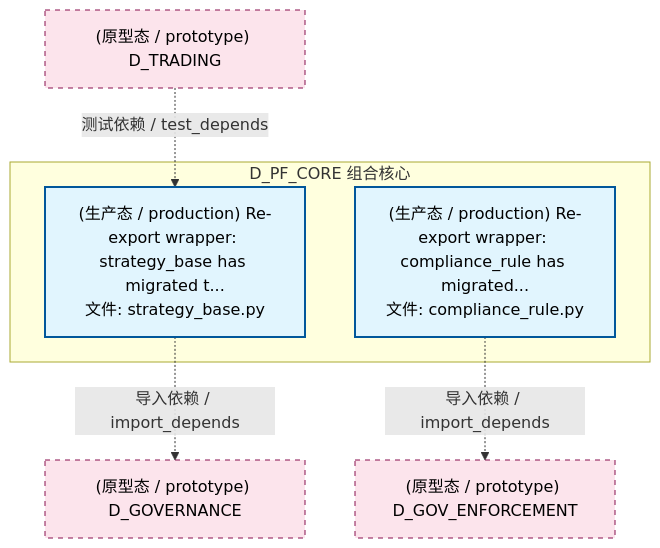
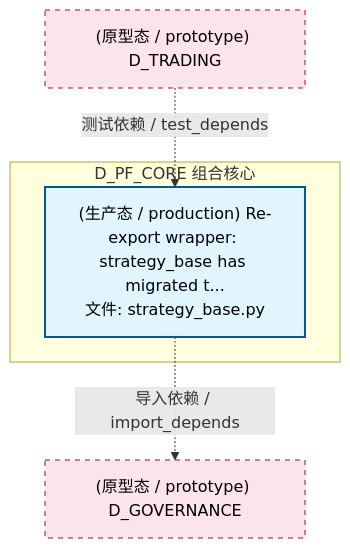
The second of 4 diagrams in docs/02_enterprise_architecture/02_domain_architecture_docs/52_d_pf_core.md (xuanFelixVan/ZephyrAlpha), drawn with Mermaid before and after one commit. The commit also changed other lines of this file and 126 other files, not shown here.

````diff
--- a/docs/02_enterprise_architecture/02_domain_architecture_docs/52_d_pf_core.md
+++ b/docs/02_enterprise_architecture/02_domain_architecture_docs/52_d_pf_core.md
@@ -113,19 +112,16 @@
 ```mermaid
 graph TD
     subgraph D_PF_CORE["D_PF_CORE 组合核心"]
-        src_zephyr_pf_core_compliance_rule_py["(生产态 / production) Re-export wrapper: compliance_rule has migrated...<br/>文件: compliance_rule.py"]
         src_zephyr_pf_core_strategy_base_py["(生产态 / production) Re-export wrapper: strategy_base has migrated t...<br/>文件: strategy_base.py"]
     end
-    D_GOV_ENFORCEMENT["(原型态 / prototype) D_GOV_ENFORCEMENT"]
-    src_zephyr_pf_core_compliance_rule_py -.->|导入依赖 / import_depends| D_GOV_ENFORCEMENT
     D_GOVERNANCE["(原型态 / prototype) D_GOVERNANCE"]
     src_zephyr_pf_core_strategy_base_py -.->|导入依赖 / import_depends| D_GOVERNANCE
     D_TRADING["(原型态 / prototype) D_TRADING"]
     D_TRADING -.->|测试依赖 / test_depends| src_zephyr_pf_core_strategy_base_py
     classDef production fill:#e1f5fe,stroke:#01579b,stroke-width:2px,color:#000
     classDef design fill:#fff3e0,stroke:#e65100,stroke-width:2px,color:#000,stroke-dasharray: 5 5
     classDef external_prod fill:#e8f5e9,stroke:#1b5e20,stroke-width:1px,color:#000
     classDef external_design fill:#fce4ec,stroke:#880e4f,stroke-width:1px,color:#000,stroke-dasharray: 5 5
-    class src_zephyr_pf_core_compliance_rule_py,src_zephyr_pf_core_strategy_base_py production
-    class D_GOV_ENFORCEMENT,D_GOVERNANCE,D_TRADING external_design
+    class src_zephyr_pf_core_strategy_base_py production
+    class D_GOVERNANCE,D_TRADING external_design
 ```
````
